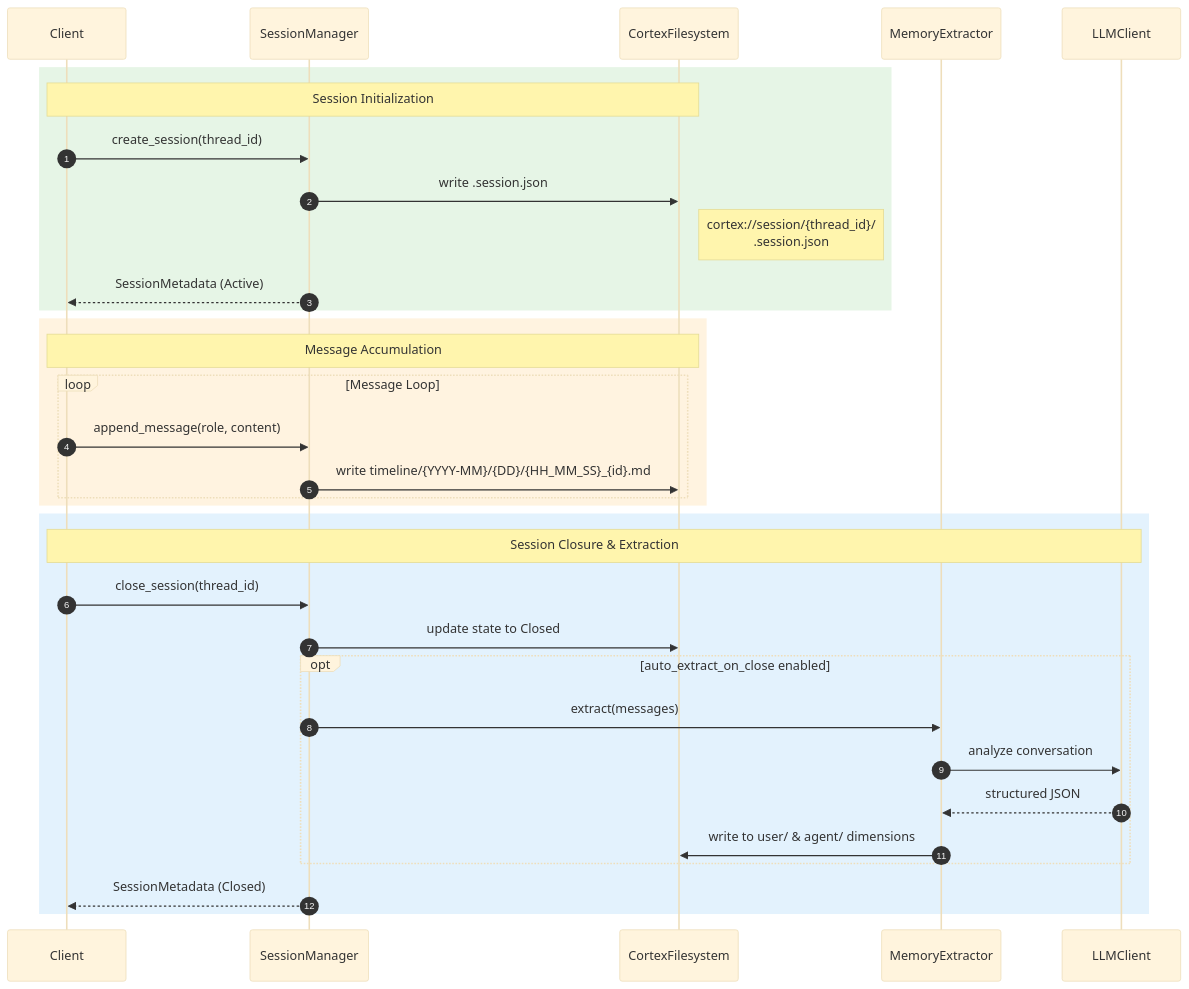
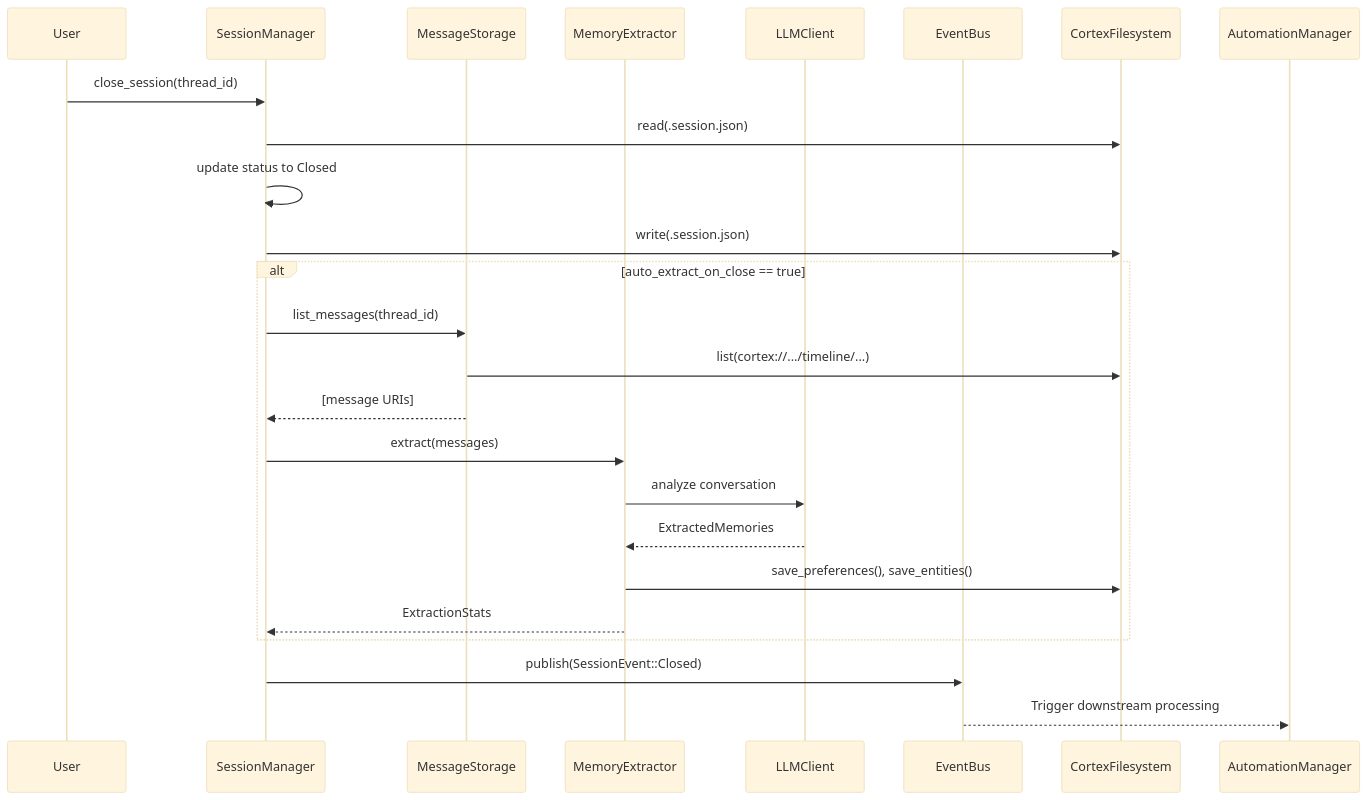
Before and after one commit to sopaco/cortex-mem: the diagram in litho.docs/en/4.Deep-Exploration/Session Management Domain.md, drawn with Mermaid (base theme). The commit also changed other lines of this file and 45 other files, not shown here.

````diff
--- a/litho.docs/en/4.Deep-Exploration/Session Management Domain.md
+++ b/litho.docs/en/4.Deep-Exploration/Session Management Domain.md
@@ -86,40 +191,31 @@
 ```mermaid
 sequenceDiagram
-    autonumber
-    participant C as Client
-    participant SM as SessionManager
-    participant FS as CortexFilesystem
-    participant ME as MemoryExtractor
-    participant LLM as LLMClient
+    participant User
+    participant SessionManager
+    participant MessageStorage
+    participant MemoryExtractor
+    participant LLMClient
+    participant EventBus
+    participant Filesystem as CortexFilesystem
     
-    rect rgb(230, 245, 230)
-        Note over C,FS: Session Initialization
-        C->>SM: create_session(thread_id)
-        SM->>FS: write .session.json
-        Note right of FS: cortex://session/{thread_id}/<br/>.session.json
-        SM-->>C: SessionMetadata (Active)
+    User->>SessionManager: close_session(thread_id)
+    SessionManager->>Filesystem: read(.session.json)
+    SessionManager->>SessionManager: update status to Closed
+    SessionManager->>Filesystem: write(.session.json)
+    
+    alt auto_extract_on_close == true
+        SessionManager->>MessageStorage: list_messages(thread_id)
+        MessageStorage->>Filesystem: list(cortex://.../timeline/...)
+        MessageStorage-->>SessionManager: [message URIs]
+        
+        SessionManager->>MemoryExtractor: extract(messages)
+        MemoryExtractor->>LLMClient: analyze conversation
+        LLMClient-->>MemoryExtractor: ExtractedMemories
+        
+        MemoryExtractor->>Filesystem: save_preferences(), save_entities()
+        MemoryExtractor-->>SessionManager: ExtractionStats
     end
     
-    rect rgb(255, 243, 224)
-        Note over C,FS: Message Accumulation
-        loop Message Loop
-            C->>SM: append_message(role, content)
-            SM->>FS: write timeline/{YYYY-MM}/{DD}/{HH_MM_SS}_{id}.md
-        end
-    end
-    
-    rect rgb(227, 242, 253)
-        Note over C,LLM: Session Closure & Extraction
-        C->>SM: close_session(thread_id)
-        SM->>FS: update state to Closed
-        
-        opt auto_extract_on_close enabled
-            SM->>ME: extract(messages)
-            ME->>LLM: analyze conversation
-            LLM-->>ME: structured JSON
-            ME->>FS: write to user/ & agent/ dimensions
-        end
-        
-        SM-->>C: SessionMetadata (Closed)
-    end
+    SessionManager->>EventBus: publish(SessionEvent::Closed)
+    EventBus-->>AutomationManager: Trigger downstream processing
 ```
````
